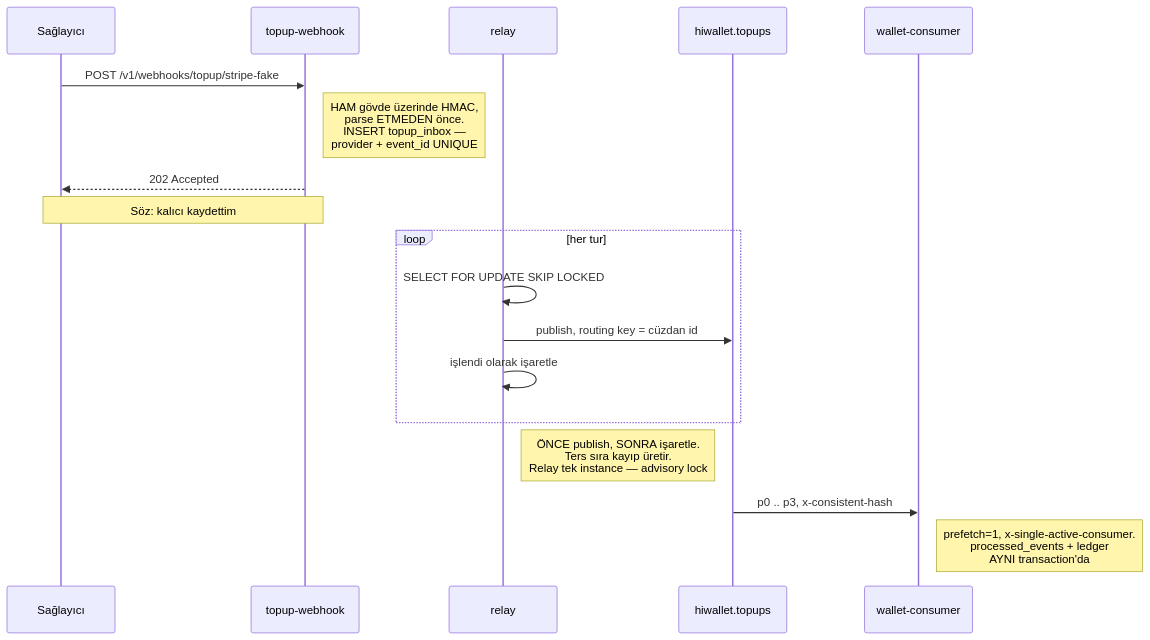
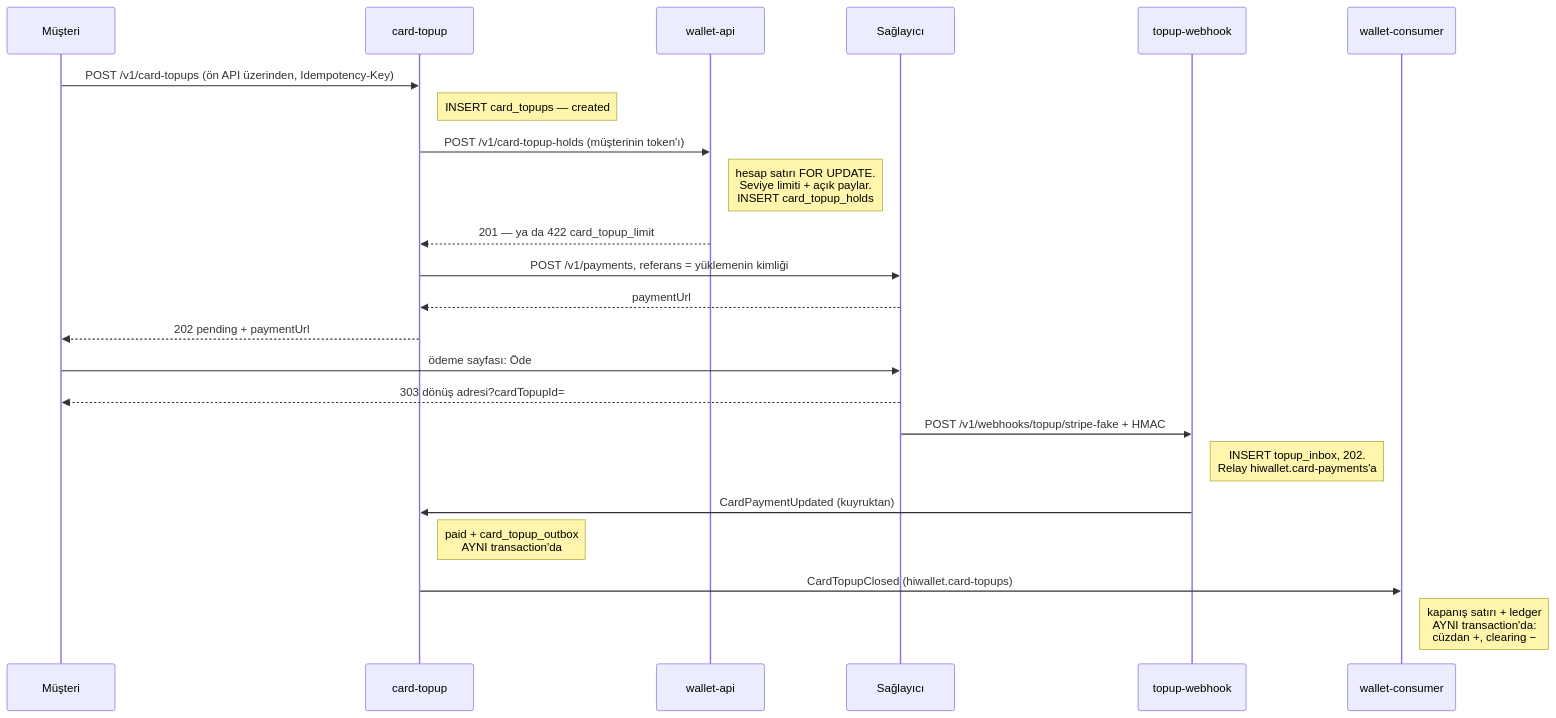
Before and after one commit to firate/HiWallet: the second of 4 diagrams in docs/architecture.md, drawn with Mermaid. The commit also changed other lines of this file and 1 other file, not shown here.

````diff
--- a/docs/architecture.md
+++ b/docs/architecture.md
@@ -321,23 +332,26 @@
 ```mermaid
 sequenceDiagram
+    participant M as Müşteri
+    participant T as card-topup
+    participant W as wallet-api
     participant P as Sağlayıcı
     participant H as topup-webhook
-    participant R as relay
-    participant MQ as hiwallet.topups
     participant C as wallet-consumer
 
-    P->>H: POST /v1/webhooks/topup/stripe-fake
-    Note right of H: HAM gövde üzerinde HMAC,<br/>parse ETMEDEN önce.<br/>INSERT topup_inbox —<br/>provider + event_id UNIQUE
-    H-->>P: 202 Accepted
-    Note over P,H: Söz: kalıcı kaydettim
-
-    loop her tur
-        R->>R: SELECT FOR UPDATE SKIP LOCKED
-        R->>MQ: publish, routing key = cüzdan id
-        R->>R: işlendi olarak işaretle
-    end
-    Note right of R: ÖNCE publish, SONRA işaretle.<br/>Ters sıra kayıp üretir.<br/>Relay tek instance — advisory lock
-
-    MQ->>C: p0 .. p3, x-consistent-hash
-    Note right of C: prefetch=1, x-single-active-consumer.<br/>processed_events + ledger<br/>AYNI transaction'da
+    M->>T: POST /v1/card-topups (ön API üzerinden, Idempotency-Key)
+    Note right of T: INSERT card_topups — created
+    T->>W: POST /v1/card-topup-holds (müşterinin token'ı)
+    Note right of W: hesap satırı FOR UPDATE.<br/>Seviye limiti + açık paylar.<br/>INSERT card_topup_holds
+    W-->>T: 201 — ya da 422 card_topup_limit
+    T->>P: POST /v1/payments, referans = yüklemenin kimliği
+    P-->>T: paymentUrl
+    T-->>M: 202 pending + paymentUrl
+    M->>P: ödeme sayfası: Öde
+    P-->>M: 303 dönüş adresi?cardTopupId=
+    P->>H: POST /v1/webhooks/topup/stripe-fake + HMAC
+    Note right of H: INSERT topup_inbox, 202.<br/>Relay hiwallet.card-payments'a
+    H->>T: CardPaymentUpdated (kuyruktan)
+    Note right of T: paid + card_topup_outbox<br/>AYNI transaction'da
+    T->>C: CardTopupClosed (hiwallet.card-topups)
+    Note right of C: kapanış satırı + ledger<br/>AYNI transaction'da:<br/>cüzdan +, clearing −
 ```
````
